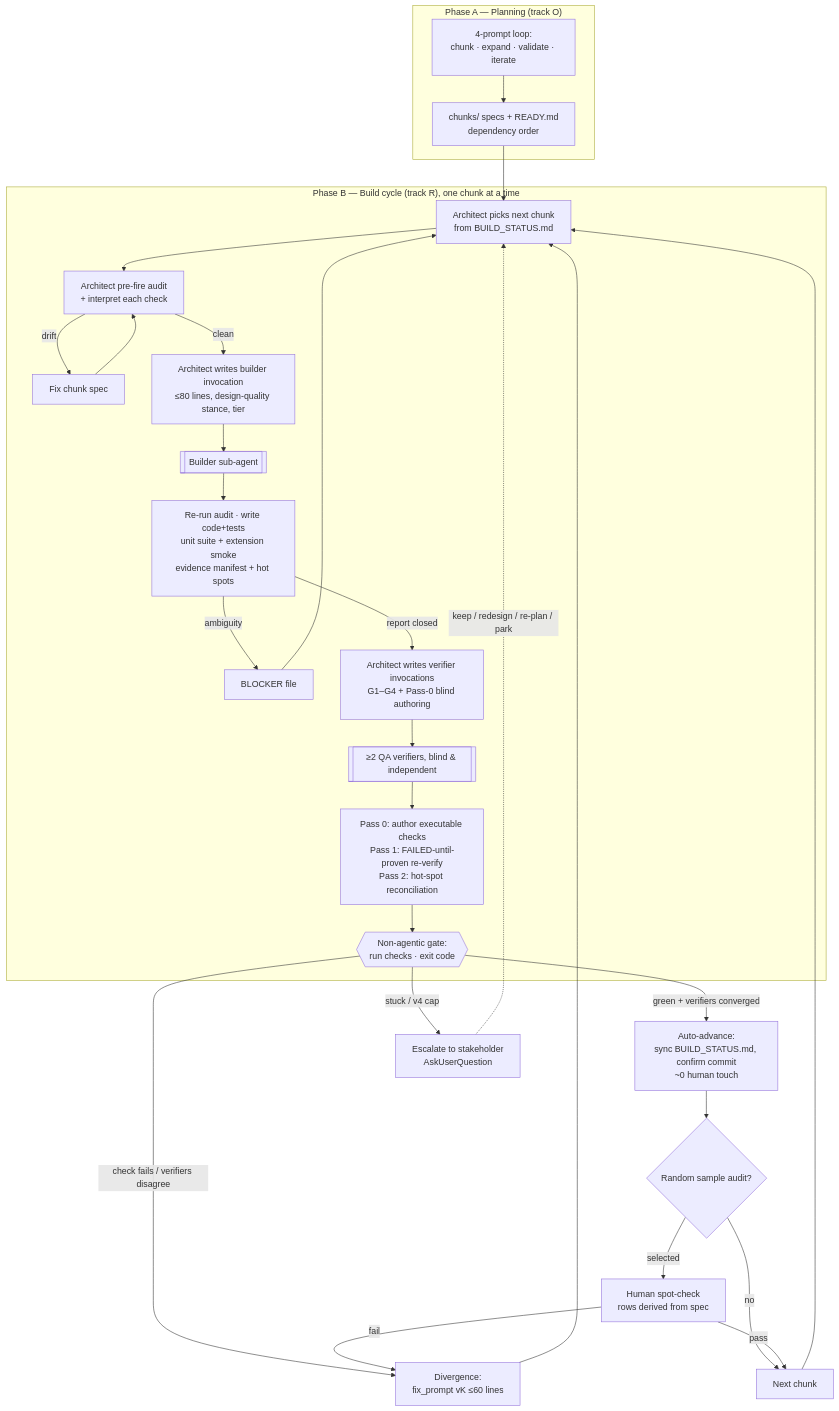
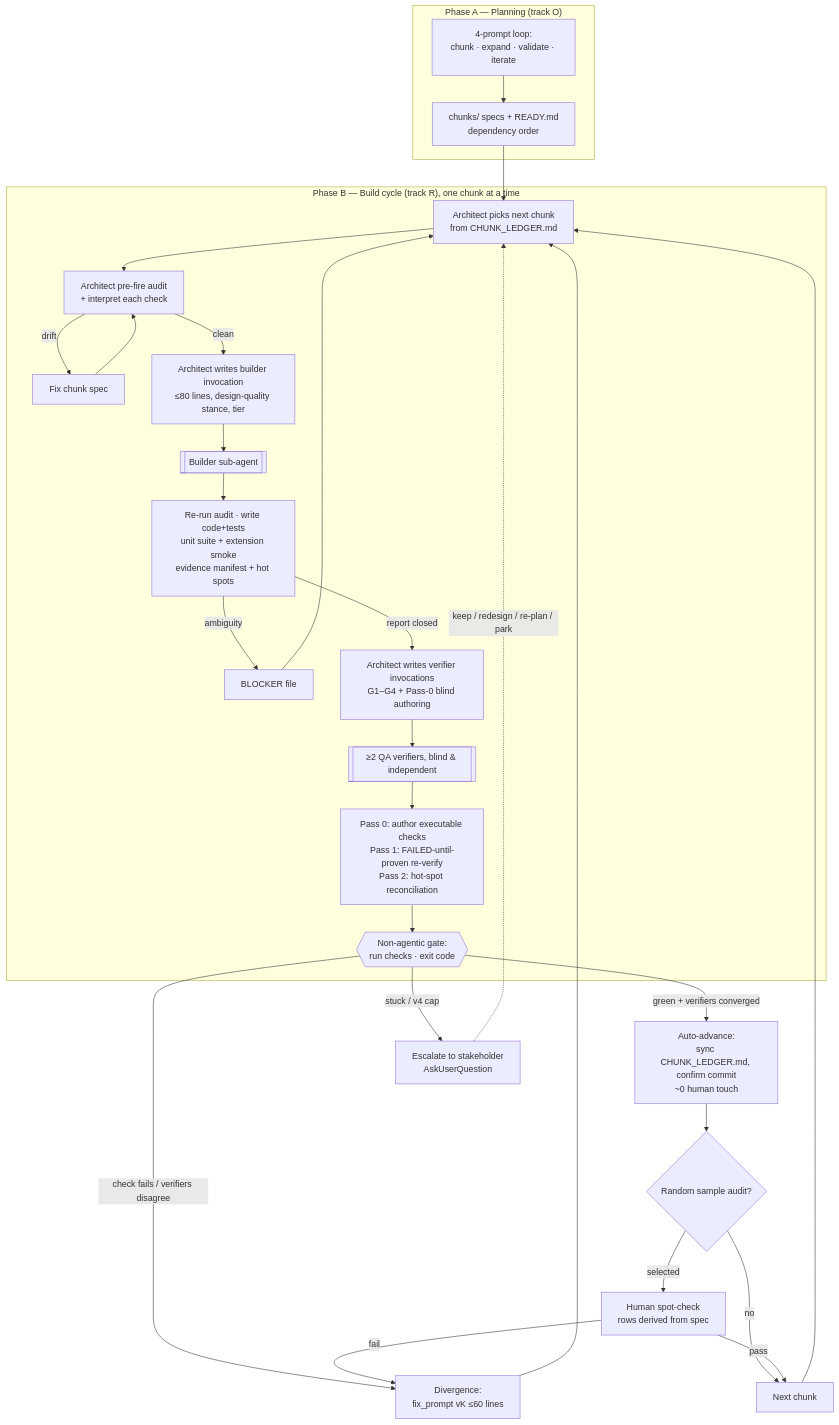
One commit to saifgithub/DeliveryOS changed the first of 2 diagrams in docs/MABP_PROCESS_DIAGRAM.md. Above: the diagram before and after it, drawn with Mermaid. The commit also changed other lines of this file and 12 other files, not shown here.

First line of the commit message:
Split BUILD_STATUS.md by write-pattern: ledger, register, log

````diff
--- a/docs/MABP_PROCESS_DIAGRAM.md
+++ b/docs/MABP_PROCESS_DIAGRAM.md
@@ -7,35 +7,35 @@
 ```mermaid
 flowchart TD
     subgraph A["Phase A — Planning (track O)"]
         A1[4-prompt loop:<br/>chunk · expand · validate · iterate] --> A2[chunks/ specs + READY.md<br/>dependency order]
     end
 
     A2 --> B0
 
     subgraph B["Phase B — Build cycle (track R), one chunk at a time"]
-        B0[Architect picks next chunk<br/>from BUILD_STATUS.md] --> B1[Architect pre-fire audit<br/>+ interpret each check]
+        B0[Architect picks next chunk<br/>from CHUNK_LEDGER.md] --> B1[Architect pre-fire audit<br/>+ interpret each check]
         B1 -->|drift| B1f[Fix chunk spec] --> B1
         B1 -->|clean| B2[Architect writes builder invocation<br/>≤80 lines, design-quality stance, tier]
         B2 --> B3[[Builder sub-agent]]
         B3 --> B4[Re-run audit · write code+tests<br/>unit suite + extension smoke<br/>evidence manifest + hot spots]
         B4 -->|ambiguity| BLK[BLOCKER file]
         BLK --> B0
         B4 -->|report closed| B5[Architect writes verifier invocations<br/>G1–G4 + Pass-0 blind authoring]
         B5 --> B6[[≥2 QA verifiers, blind & independent]]
         B6 --> B7[Pass 0: author executable checks<br/>Pass 1: FAILED-until-proven re-verify<br/>Pass 2: hot-spot reconciliation]
         B7 --> GATE{{Non-agentic gate:<br/>run checks · exit code}}
     end
 
-    GATE -->|green + verifiers converged| V1[Auto-advance:<br/>sync BUILD_STATUS.md, confirm commit<br/>~0 human touch]
+    GATE -->|green + verifiers converged| V1[Auto-advance:<br/>sync CHUNK_LEDGER.md, confirm commit<br/>~0 human touch]
     GATE -->|check fails / verifiers disagree| V2[Divergence:<br/>fix_prompt vK ≤60 lines] --> B0
     GATE -->|stuck / v4 cap| V3[Escalate to stakeholder<br/>AskUserQuestion]
 
     V1 --> SAMPLE{Random sample audit?}
     SAMPLE -->|selected| HUMAN[Human spot-check<br/>rows derived from spec]
     SAMPLE -->|no| NEXT[Next chunk]
     HUMAN -->|fail| V2
     HUMAN -->|pass| NEXT
     NEXT --> B0
 
     V3 -.->|keep / redesign / re-plan / park| B0
 ```
````
